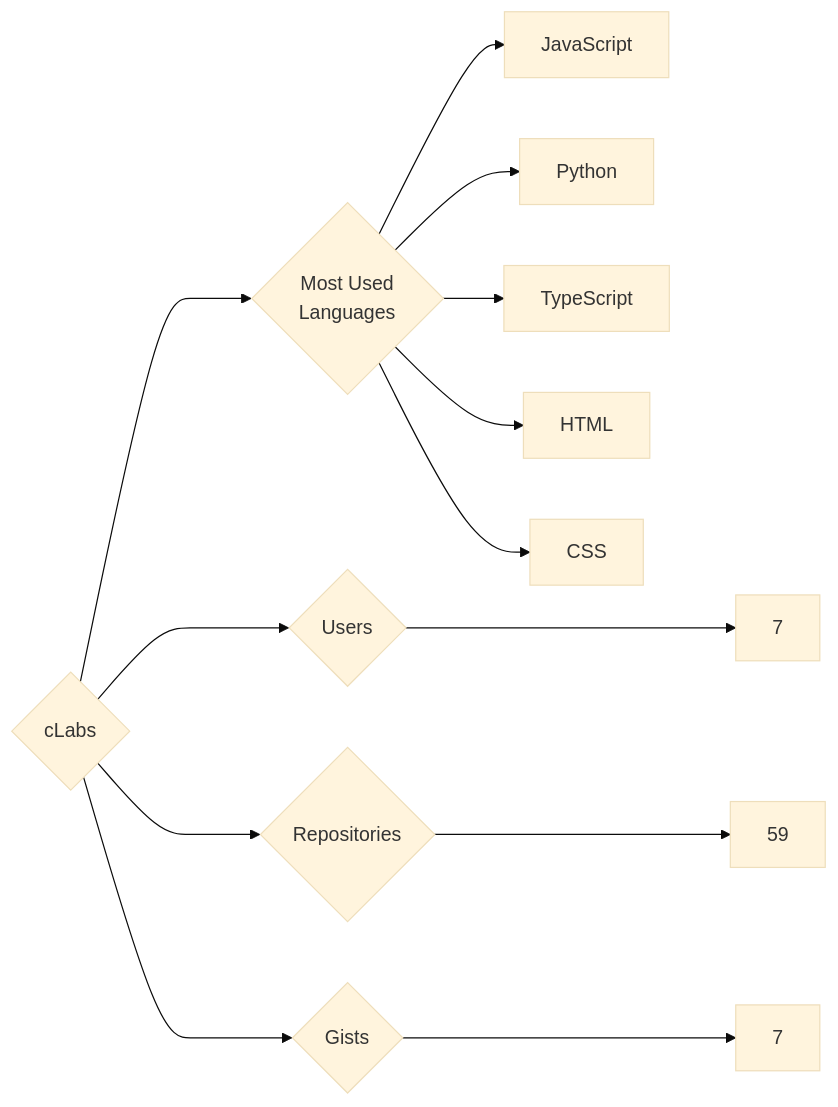
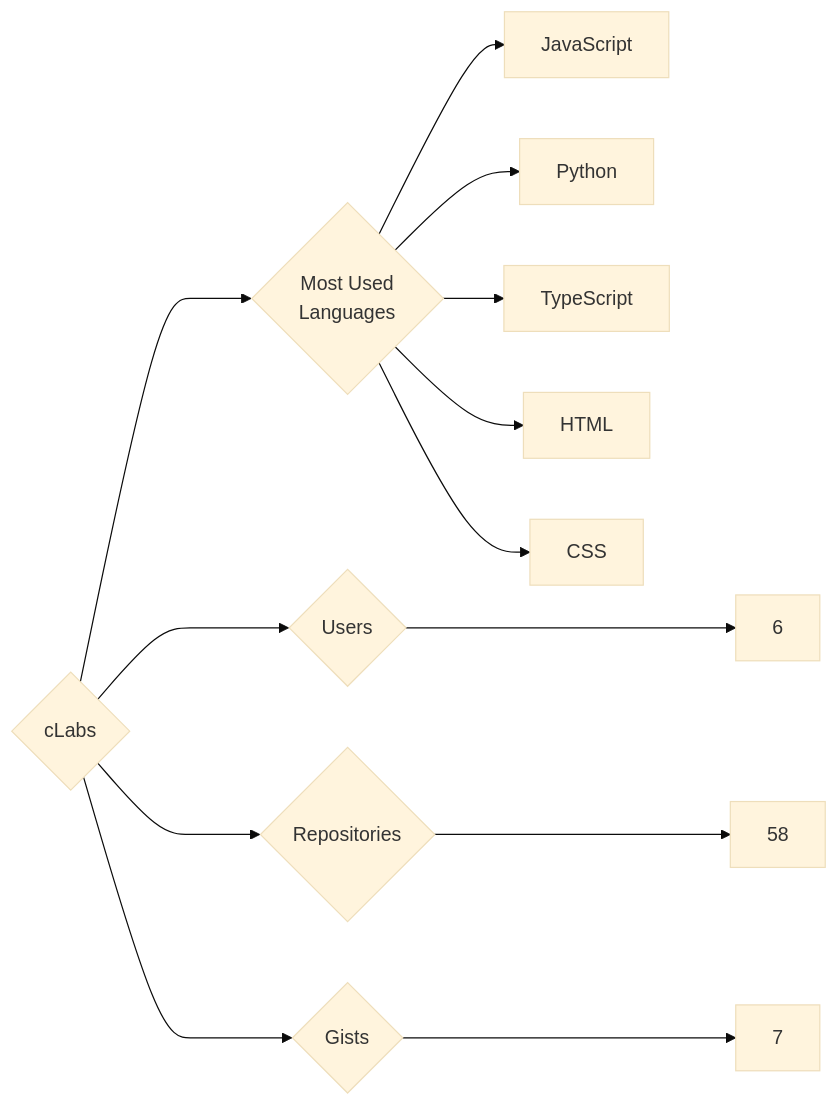
One commit to trickest/insiders changed the diagram in targets/cLabs/README.md. Above: the diagram before and after it, drawn with Mermaid (base theme). The commit also changed 1078 other files, not shown here.

````diff
--- a/targets/cLabs/README.md
+++ b/targets/cLabs/README.md
@@ -3,13 +3,13 @@
 ```mermaid
 graph LR
 COMPANY_NAME{cLabs}
-COMPANY_NAME ---> U{Users} ---> UN[7]
-COMPANY_NAME ---> R{Repositories} ---> RN[59]
+COMPANY_NAME ---> U{Users} ---> UN[6]
+COMPANY_NAME ---> R{Repositories} ---> RN[58]
 COMPANY_NAME ---> G{Gists} ---> GN[7]
 COMPANY_NAME ---> ML{Most Used<br>Languages}
 ML --> JavaScript[JavaScript]
 ML --> Python[Python]
 ML --> TypeScript[TypeScript]
 ML --> HTML[HTML]
 ML --> CSS[CSS]
 ```
````
